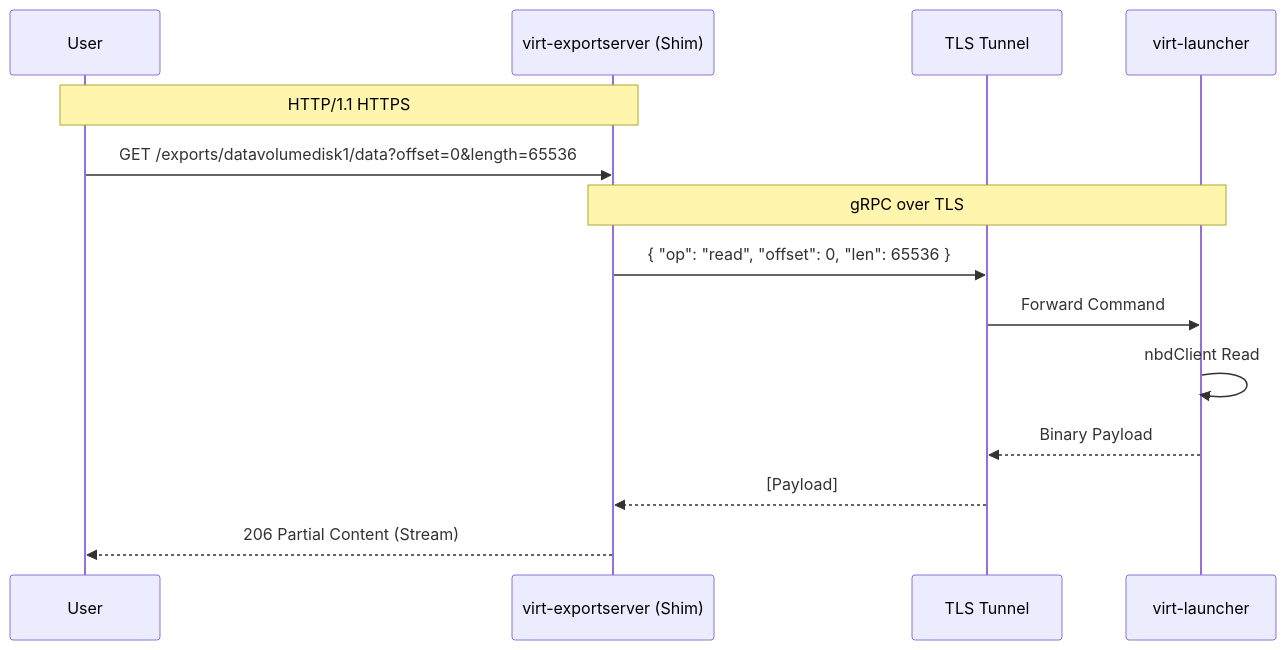
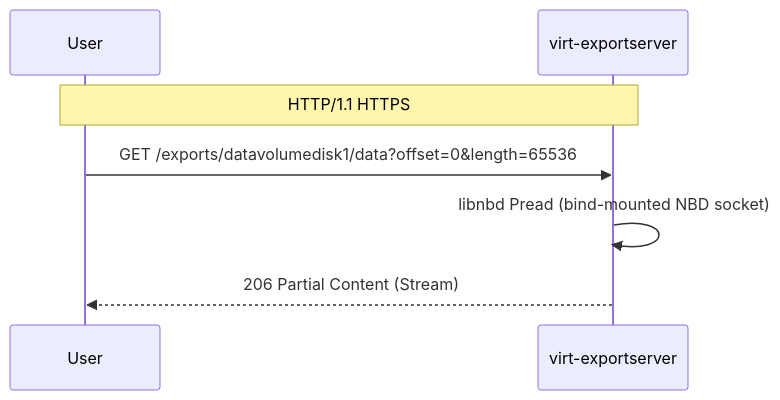
Before and after one commit to kubevirt/enhancements: the first of 3 diagrams in veps/sig-storage/25-incremental-backup/vep.md, drawn with Mermaid. The commit also changed other lines of this file, not shown here.

````diff
--- a/veps/sig-storage/25-incremental-backup/vep.md
+++ b/veps/sig-storage/25-incremental-backup/vep.md
@@ -382,20 +382,12 @@
 ```mermaid
 sequenceDiagram
     participant User
-    participant Server as virt-exportserver (Shim)
-    participant Tunnel as TLS Tunnel
-    participant Launcher as virt-launcher
+    participant Server as virt-exportserver
 
     Note over User, Server: HTTP/1.1 HTTPS
     User->>Server: GET /exports/datavolumedisk1/data?offset=0&length=65536
     
-    Note over Server, Launcher: gRPC over TLS
-    Server->>Tunnel: { "op": "read", "offset": 0, "len": 65536 }
-    Tunnel->>Launcher: Forward Command
-    
-    Launcher->>Launcher: nbdClient Read
-    Launcher-->>Tunnel: Binary Payload
-    Tunnel-->>Server: [Payload]
+    Server->>Server: libnbd Pread (bind-mounted NBD socket)
     
     Server-->>User: 206 Partial Content (Stream)
  ```
````
